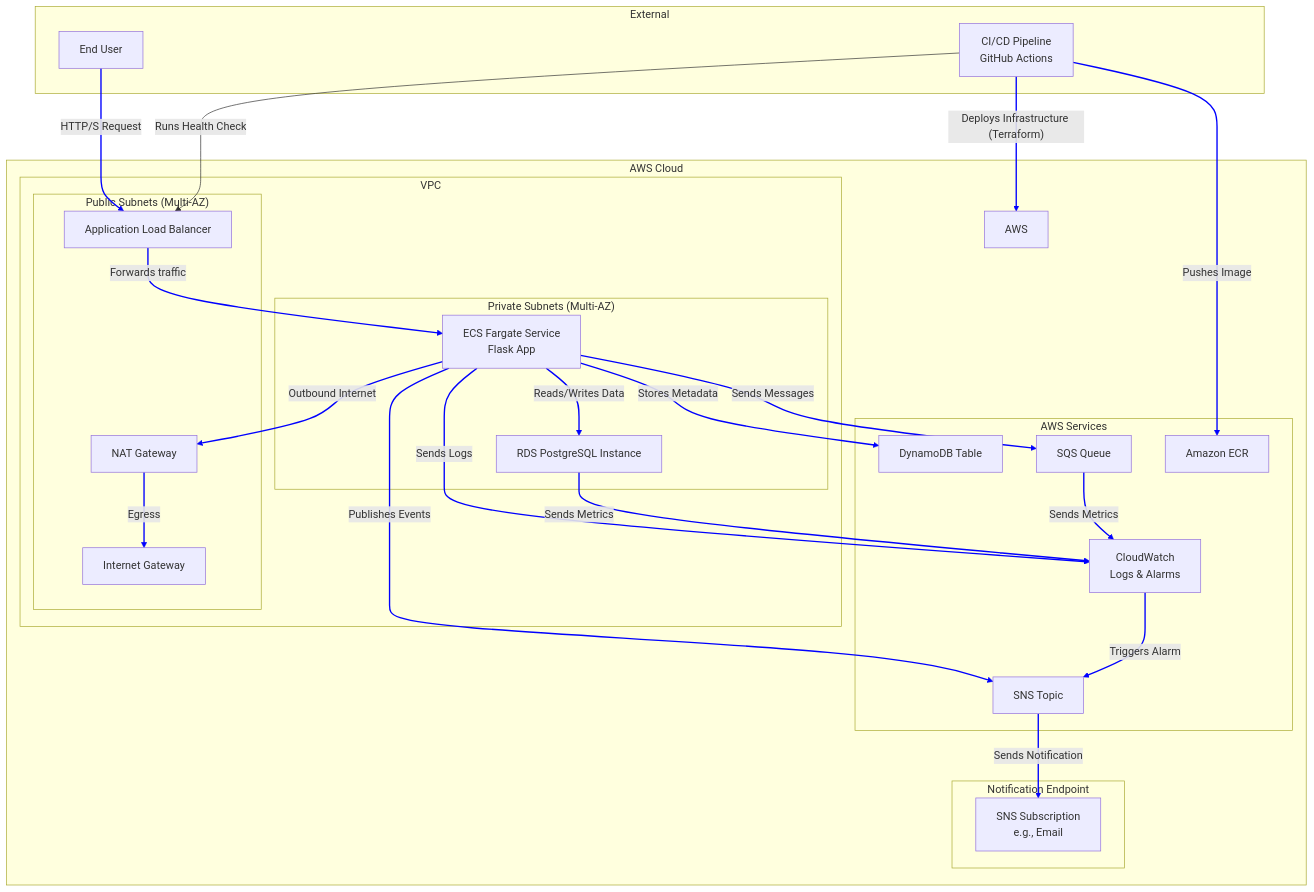
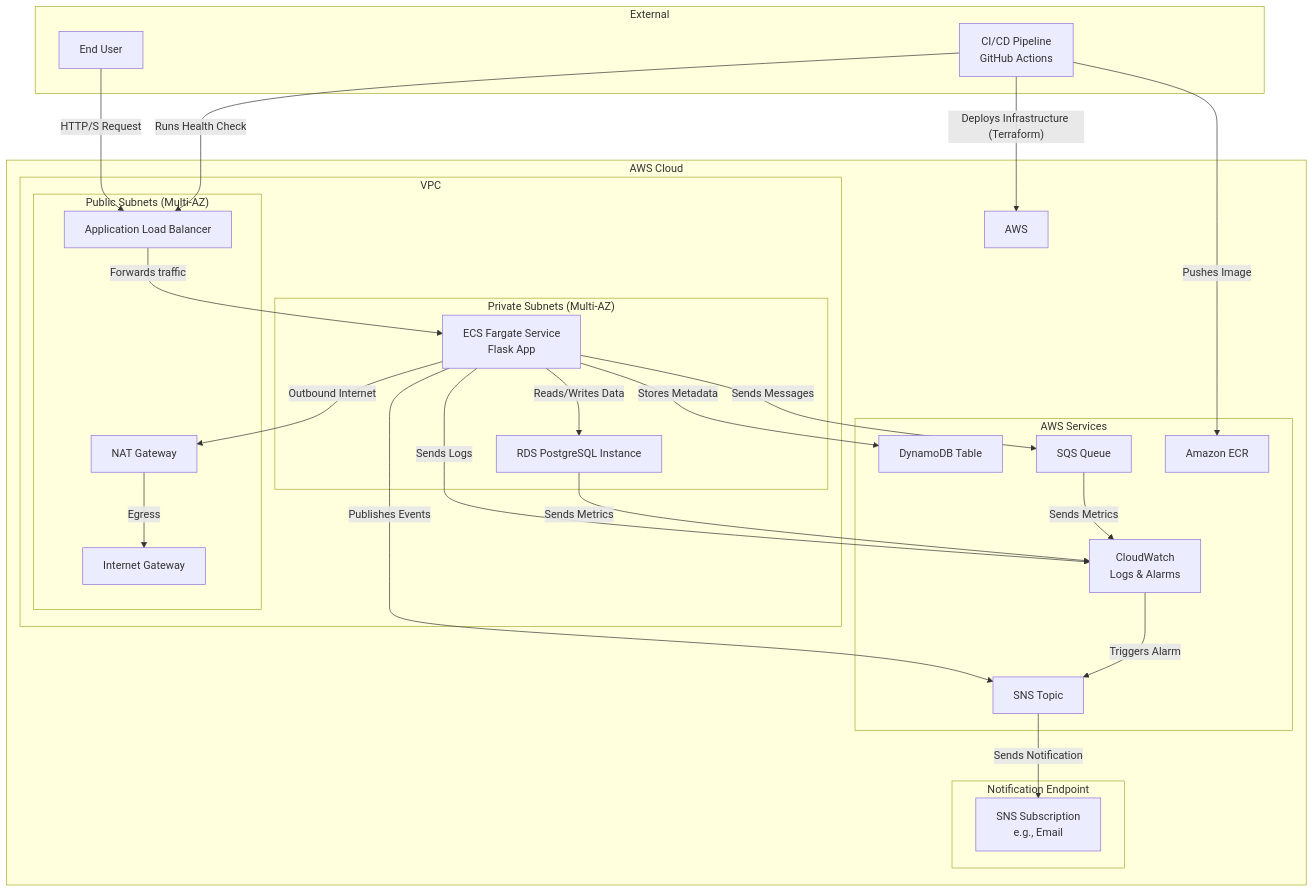
Before and after one commit to adyoli/AWS-Messaging-System-Infrastructure: the diagram in README.md, drawn with Mermaid. The commit also changed other lines of this file, not shown here.

````diff
--- a/README.md
+++ b/README.md
@@ -18,55 +17,53 @@
 ```mermaid
 graph TD
     subgraph "External"
         User[End User]
         CICD[CI/CD Pipeline <br> GitHub Actions]
     end
 
     subgraph "AWS Cloud"
         subgraph "VPC"
             subgraph "Public Subnets (Multi-AZ)"
                 ALB[Application Load Balancer]
                 NAT[NAT Gateway]
                 IGW[Internet Gateway]
             end
 
             subgraph "Private Subnets (Multi-AZ)"
                 ECS[ECS Fargate Service <br> Flask App]
                 RDS[RDS PostgreSQL Instance]
             end
         end
 
         subgraph "AWS Services"
             DynamoDB[DynamoDB Table]
             SQS[SQS Queue]
             SNS[SNS Topic]
             CloudWatch[CloudWatch <br> Logs & Alarms]
             ECR[Amazon ECR]
         end
 
         subgraph "Notification Endpoint"
             Subscription[SNS Subscription <br> e.g., Email]
         end
 
 
         User -- HTTP/S Request --> ALB
         ALB -- Forwards traffic --> ECS
         ECS -- Outbound Internet --> NAT -- Egress --> IGW
         ECS -- Reads/Writes Data --> RDS
         ECS -- Stores Metadata --> DynamoDB
         ECS -- Sends Messages --> SQS
         ECS -- Publishes Events --> SNS
         ECS -- Sends Logs --> CloudWatch
 
         RDS -- Sends Metrics --> CloudWatch
         SQS -- Sends Metrics --> CloudWatch
         CloudWatch -- Triggers Alarm --> SNS
         SNS -- Sends Notification --> Subscription
 
         CICD -- Pushes Image --> ECR
         CICD -- Deploys Infrastructure (Terraform) --> AWS
         CICD -- Runs Health Check --> ALB
     end
-
-    linkStyle 0,1,2,3,4,5,6,7,8,9,10,11,12,13,14 stroke-width:2px,fill:none,stroke:blue;
 ```
````
